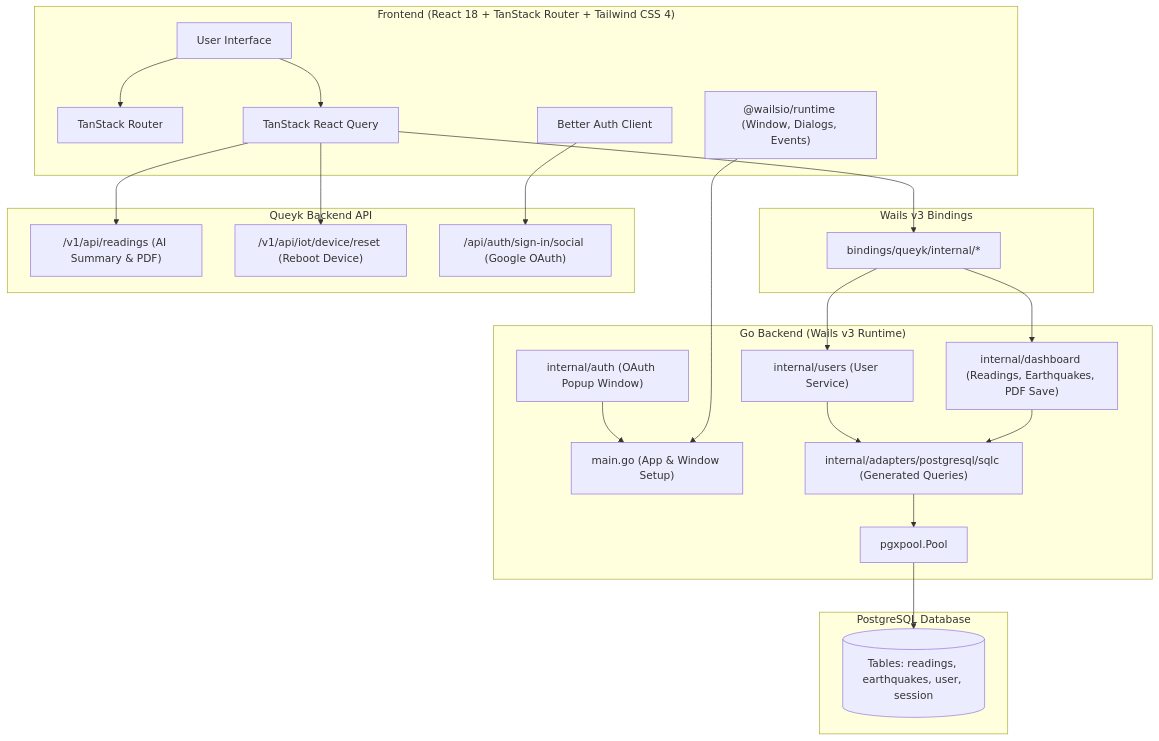
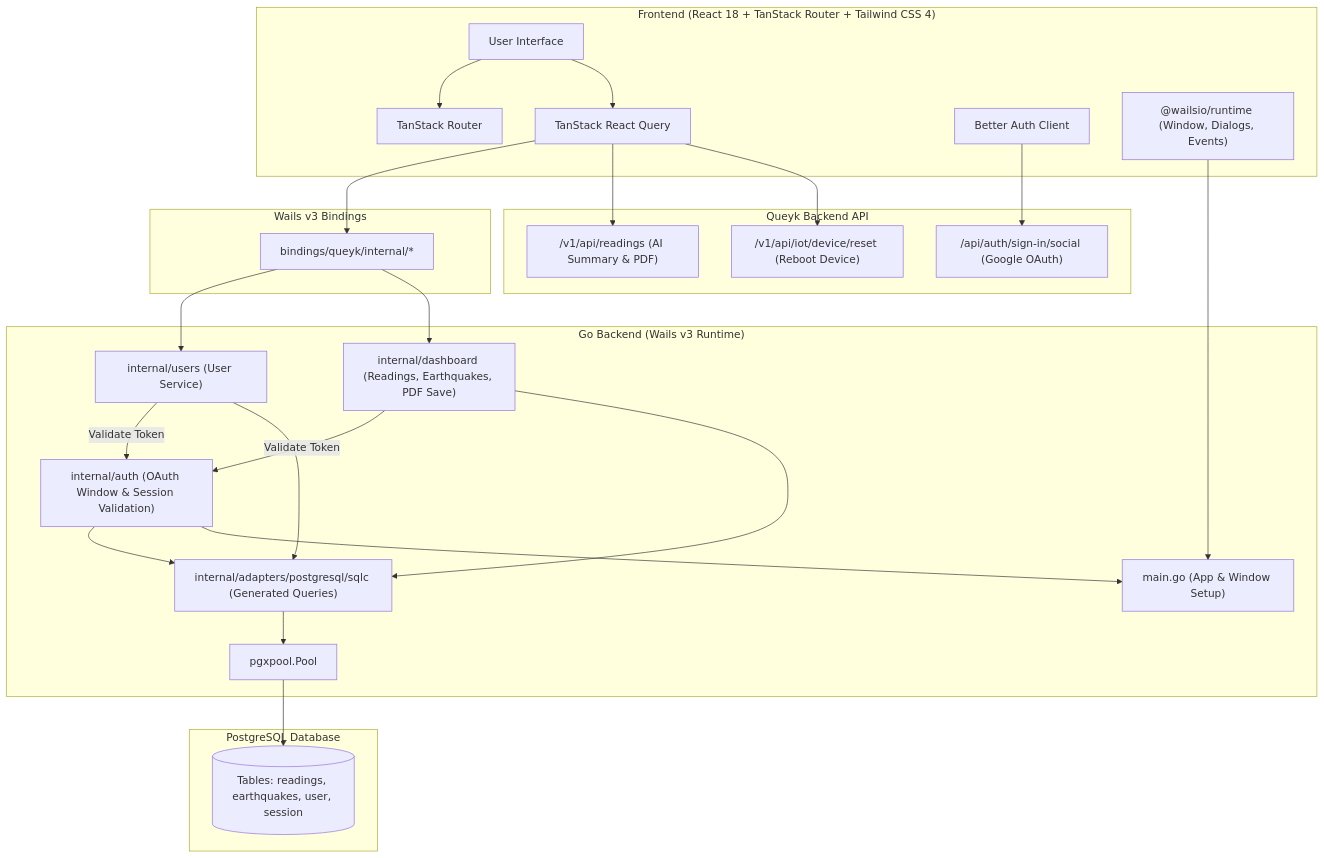
One commit to project-queyk/queyk-desktop changed the diagram in README.md. Above: the diagram before and after it, drawn with Mermaid. The commit also changed other lines of this file, not shown here.

Commit message:
chore: update README file based on security changes

````diff
--- a/README.md
+++ b/README.md
@@ -58,44 +59,47 @@
 ```mermaid
 flowchart TD
     subgraph Frontend ["Frontend (React 18 + TanStack Router + Tailwind CSS 4)"]
         UI[User Interface]
         TR[TanStack Router]
         TQ[TanStack React Query]
         AuthC[Better Auth Client]
         WSDK["@wailsio/runtime (Window, Dialogs, Events)"]
     end
 
     subgraph WailsBridge ["Wails v3 Bindings"]
         Bindings["bindings/queyk/internal/*"]
     end
 
     subgraph GoBackend ["Go Backend (Wails v3 Runtime)"]
         Main["main.go (App & Window Setup)"]
-        AuthSvc["internal/auth (OAuth Popup Window)"]
+        AuthSvc["internal/auth (OAuth Window & Session Validation)"]
         UserSvc["internal/users (User Service)"]
         DashSvc["internal/dashboard (Readings, Earthquakes, PDF Save)"]
         SQLC["internal/adapters/postgresql/sqlc (Generated Queries)"]
         Pool["pgxpool.Pool"]
     end
 
     subgraph RemoteBackend ["Queyk Backend API"]
         RemoteAPI["/v1/api/readings (AI Summary & PDF)"]
         IoTReset["/v1/api/iot/device/reset (Reboot Device)"]
         OAuthEP["/api/auth/sign-in/social (Google OAuth)"]
     end
 
     subgraph Database ["PostgreSQL Database"]
         DB[(Tables: readings, earthquakes, user, session)]
     end
 
     UI --> TR
     UI --> TQ
     TQ --> Bindings
     TQ --> RemoteAPI
     TQ --> IoTReset
     Bindings --> UserSvc & DashSvc
-    UserSvc & DashSvc --> SQLC --> Pool --> DB
+    UserSvc & DashSvc -- "Validate Token" --> AuthSvc
+    AuthSvc --> SQLC
+    UserSvc & DashSvc --> SQLC
+    SQLC --> Pool --> DB
     AuthC --> OAuthEP
     AuthSvc --> Main
     WSDK --> Main
 ```
````
